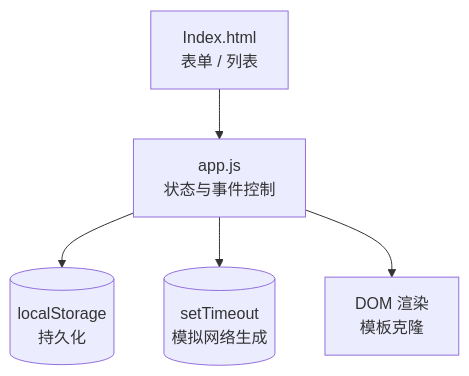
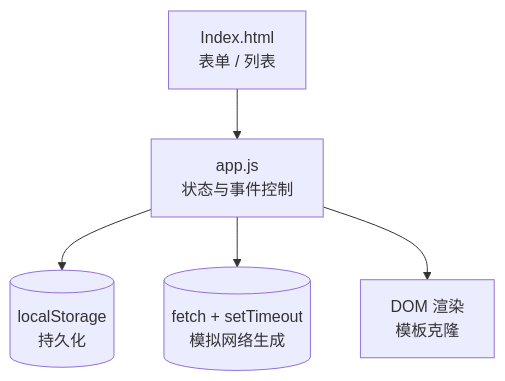
Before and after one commit to railway02/MiniApp-Tencent-work: the diagram in report.md, drawn with Mermaid. The commit also changed other lines of this file and 3 other files, not shown here.

Commit message:
Enhance roast flow with network simulation

````diff
--- a/report.md
+++ b/report.md
@@ -15,7 +15,7 @@
 ```mermaid
 graph TD
   UI[Index.html\n表单 / 列表] --> Logic
   Logic[app.js\n状态与事件控制] --> Storage[(localStorage\n持久化)]
-  Logic --> Network[(setTimeout\n模拟网络生成)]
+  Logic --> Network[(fetch + setTimeout\n模拟网络生成)]
   Logic --> Render[DOM 渲染\n模板克隆]
 ```
````
